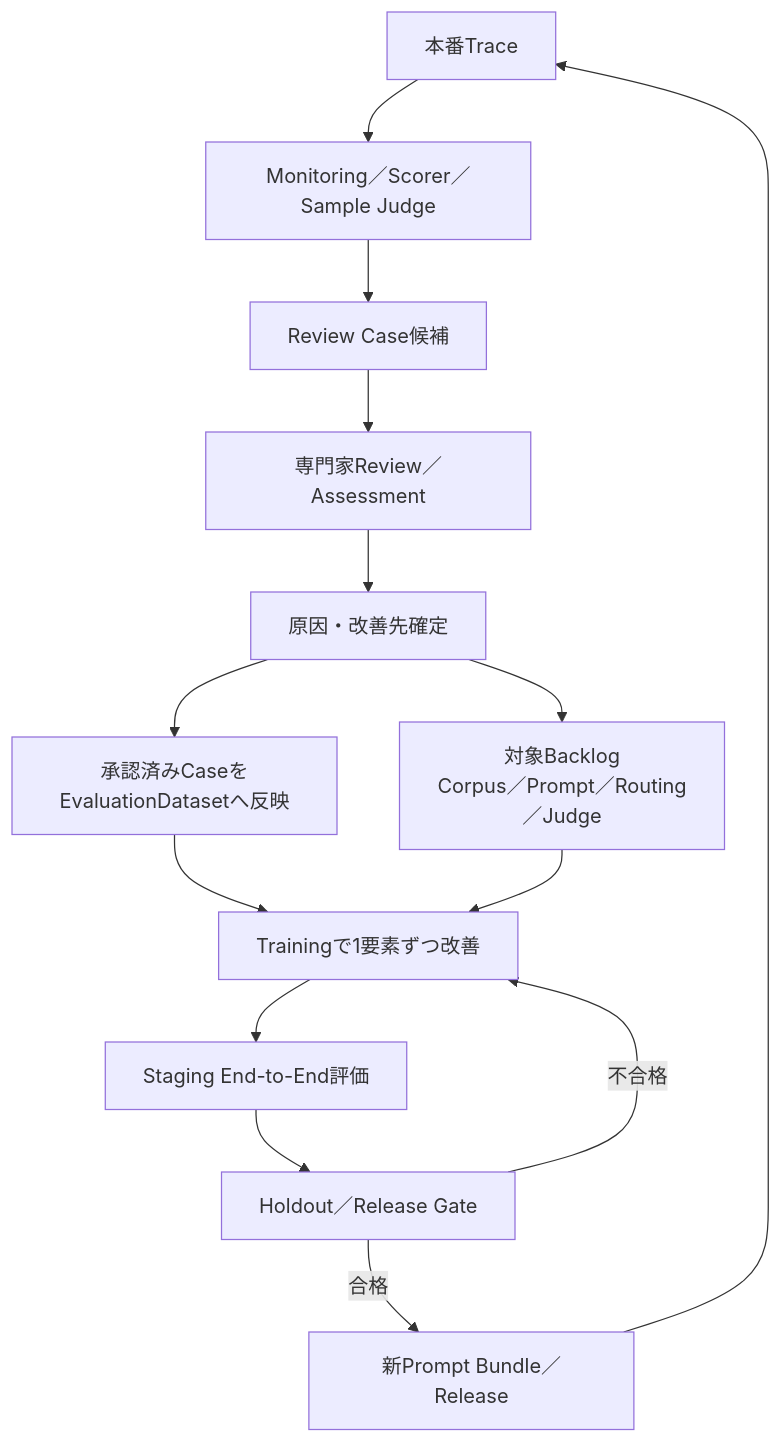
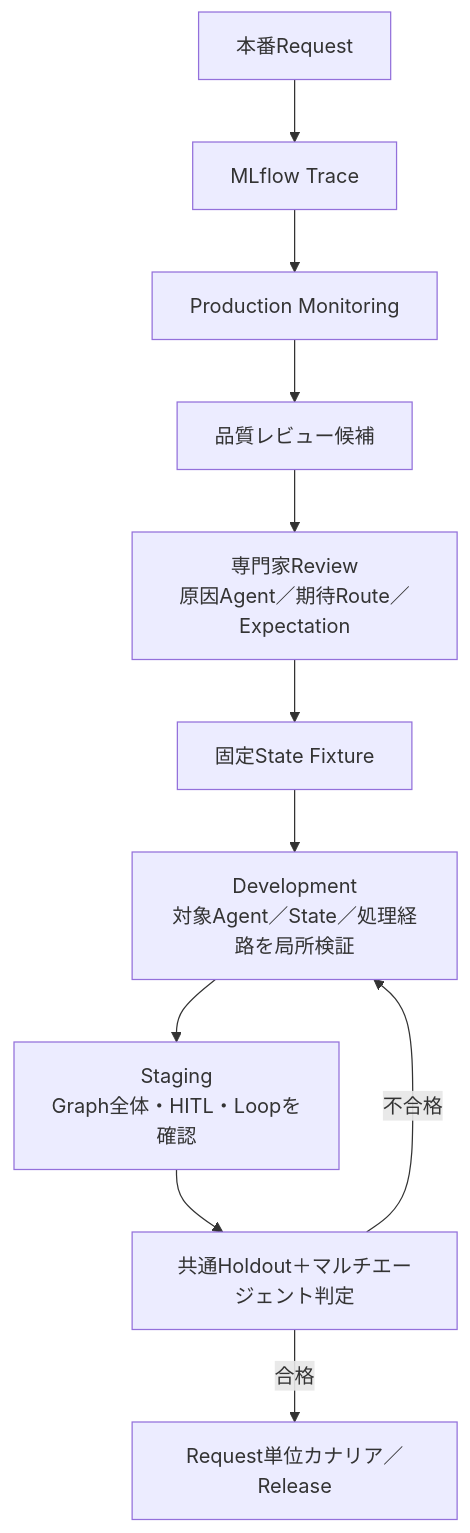
Diagram 17 of 17 in 技術レポート作成マルチエージェント_完成版.md (junTaniguchi/llm_ops), drawn with Mermaid before and after one commit. The commit also changed other lines of this file, not shown here.

````diff
--- a/技術レポート作成マルチエージェント_完成版.md
+++ b/技術レポート作成マルチエージェント_完成版.md
@@ -3021,15 +2950,13 @@
 ```mermaid
 flowchart TD
-    T["本番Trace"] --> M["Monitoring／Scorer／Sample Judge"]
-    M --> C["Review Case候補"]
-    C --> H["専門家Review／Assessment"]
-    H --> R["原因・改善先確定"]
-    R --> E["承認済みCaseをEvaluationDatasetへ反映"]
-    R --> B["対象Backlog<br/>Corpus／Prompt／Routing／Judge"]
-    E --> I["Trainingで1要素ずつ改善"]
-    B --> I
-    I --> S["Staging End-to-End評価"]
-    S --> G["Holdout／Release Gate"]
-    G -->|合格| P["新Prompt Bundle／Release"] --> T
-    G -->|不合格| I
+    P["本番Request"] --> T["MLflow Trace"]
+    T --> M["Production Monitoring"]
+    M --> Q["品質レビュー候補"]
+    Q --> R["専門家Review<br/>原因Agent／期待Route／Expectation"]
+    R --> F["固定State Fixture"]
+    F --> D["Development<br/>対象Agent／State／処理経路を局所検証"]
+    D --> S["Staging<br/>Graph全体・HITL・Loopを確認"]
+    S --> G["共通Holdout＋マルチエージェント判定"]
+    G -->|合格| C["Request単位カナリア／Release"]
+    G -->|不合格| D
 ```
````
